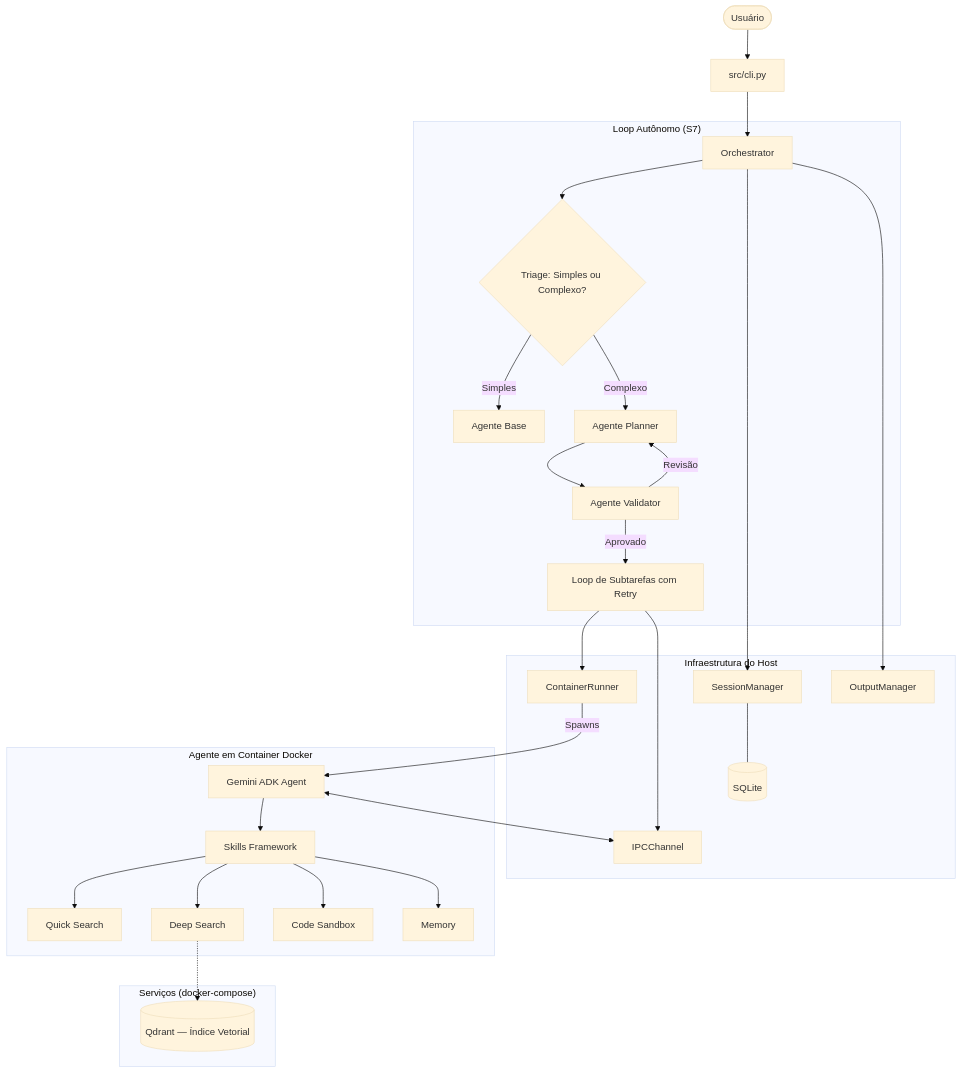
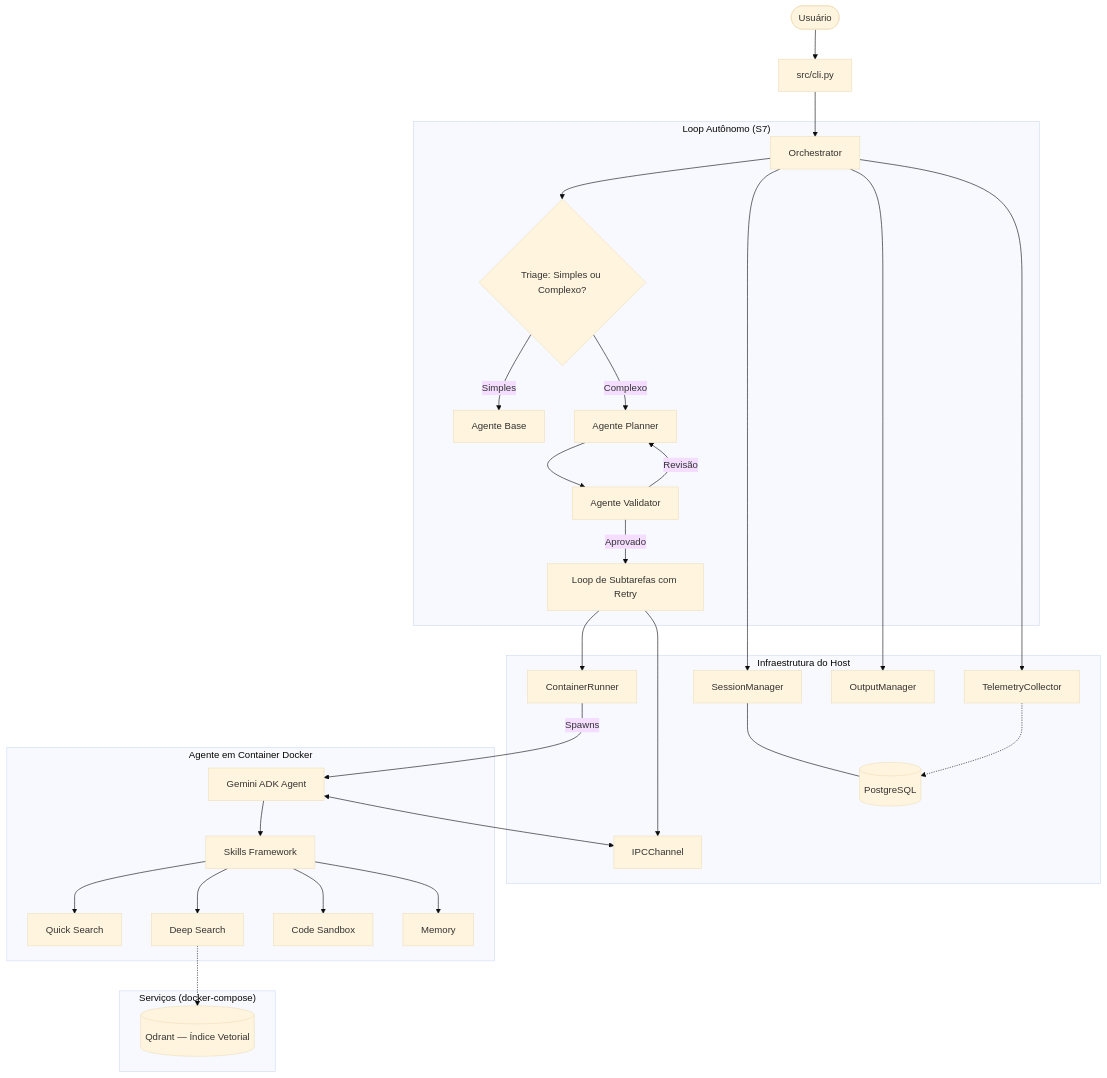
One commit to paulormnas/geminiclaw changed the diagram in README.md. Above: the diagram before and after it, drawn with Mermaid (base theme). The commit also changed other lines of this file and 10 other files, not shown here.

````diff
--- a/README.md
+++ b/README.md
@@ -63,39 +63,41 @@
 ```mermaid
 graph TD
     User([Usuário]) --> CLI[src/cli.py]
     CLI --> Orch[Orchestrator]
     
     subgraph "Loop Autônomo (S7)"
         Orch --> Triage{Triage: Simples ou Complexo?}
         Triage -- Simples --> BaseAgent[Agente Base]
         Triage -- Complexo --> Planner[Agente Planner]
         Planner --> Validator[Agente Validator]
         Validator -- Revisão --> Planner
         Validator -- Aprovado --> ExecLoop[Loop de Subtarefas com Retry]
     end
 
     subgraph "Infraestrutura do Host"
         ExecLoop --> Runner[ContainerRunner]
         ExecLoop --> IPC[IPCChannel]
         Orch --> SM[SessionManager]
         Orch --> OM[OutputManager]
-        SM --- DB[(SQLite)]
+        SM --- DB[(PostgreSQL)]
+        Orch --> TEL[TelemetryCollector]
+        TEL -.-> DB
     end
     
     subgraph "Agente em Container Docker"
         Agent[Gemini ADK Agent]
         Agent --> Skills[Skills Framework]
         Skills --> QS[Quick Search]
         Skills --> DS[Deep Search]
         Skills --> CS[Code Sandbox]
         Skills --> Mem[Memory]
         Agent <--> IPC
     end
 
     subgraph "Serviços (docker-compose)"
         Qdrant[(Qdrant — Índice Vetorial)]
         DS -.-> Qdrant
     end
 
     Runner -- Spawns --> Agent
 ```
````
